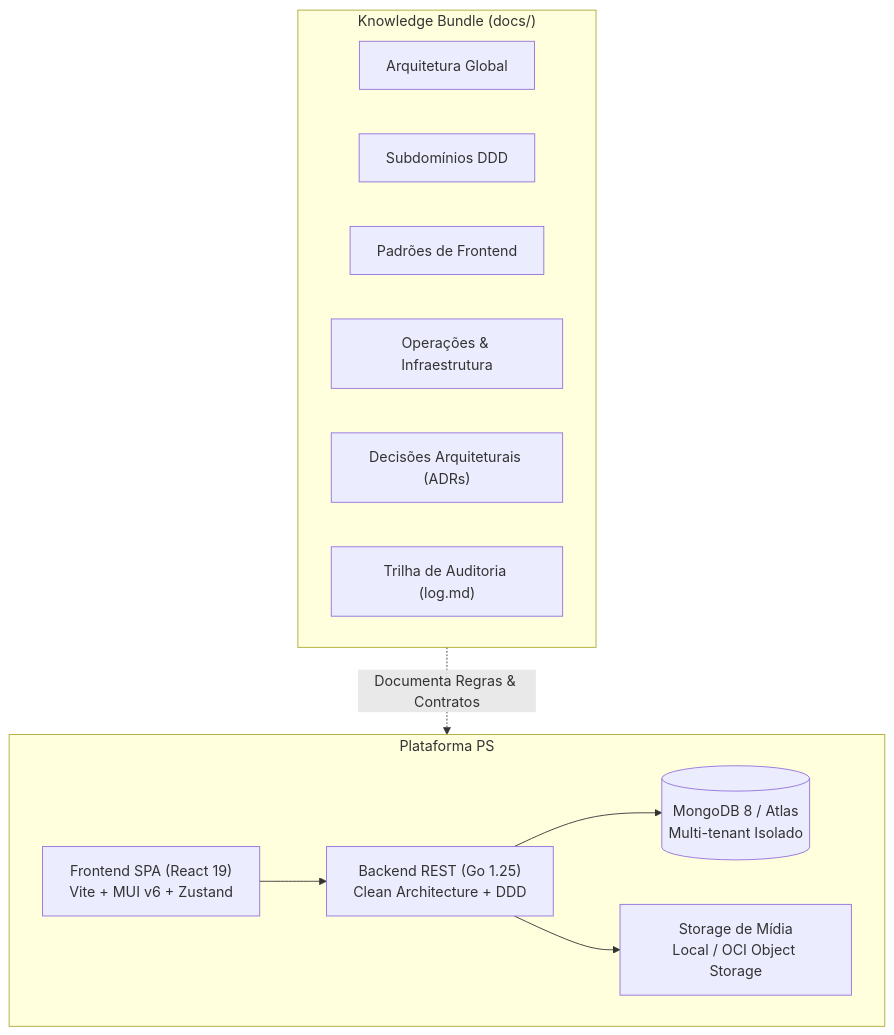
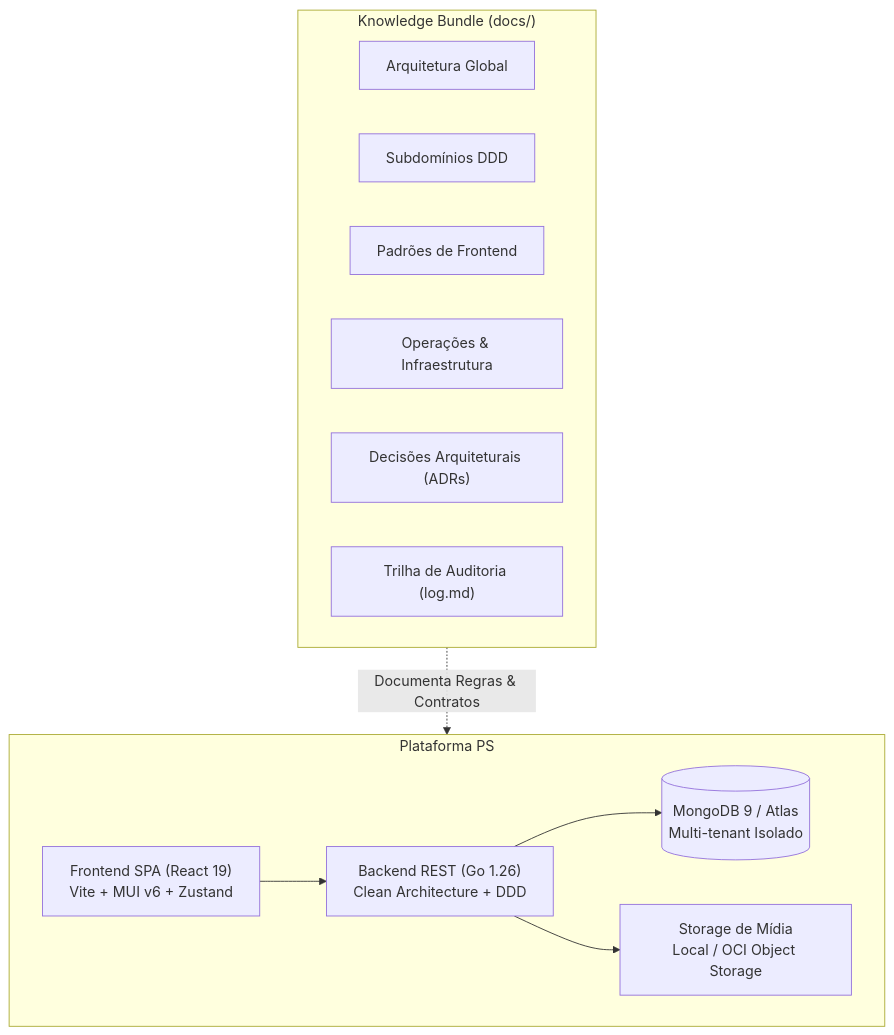
The diagram in docs/index.md (yurinogueira/PS), drawn with Mermaid before and after one commit. The commit also changed 19 other files, not shown here.

````diff
--- a/docs/index.md
+++ b/docs/index.md
@@ -35,23 +35,23 @@
 ```mermaid
 flowchart TD
     subgraph Core["Plataforma PS"]
-        API["Backend REST (Go 1.25)<br>Clean Architecture + DDD"]
+        API["Backend REST (Go 1.26)<br>Clean Architecture + DDD"]
         SPA["Frontend SPA (React 19)<br>Vite + MUI v6 + Zustand"]
-        DB[(MongoDB 8 / Atlas<br>Multi-tenant Isolado)]
+        DB[(MongoDB 9 / Atlas<br>Multi-tenant Isolado)]
         S3["Storage de Mídia<br>Local / OCI Object Storage"]
     end
 
     subgraph OKF["Knowledge Bundle (docs/)"]
         ARCH["Arquitetura Global"]
         DOM["Subdomínios DDD"]
         FE["Padrões de Frontend"]
         OPS["Operações & Infraestrutura"]
         ADR["Decisões Arquiteturais (ADRs)"]
         LOG["Trilha de Auditoria (log.md)"]
     end
 
     API --> DB
     API --> S3
     SPA --> API
     OKF -.->|Documenta Regras & Contratos| Core
 ```
````
